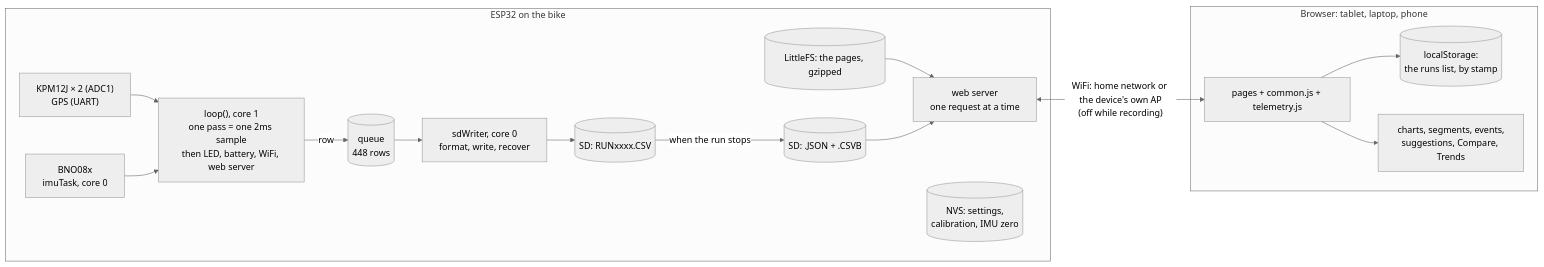
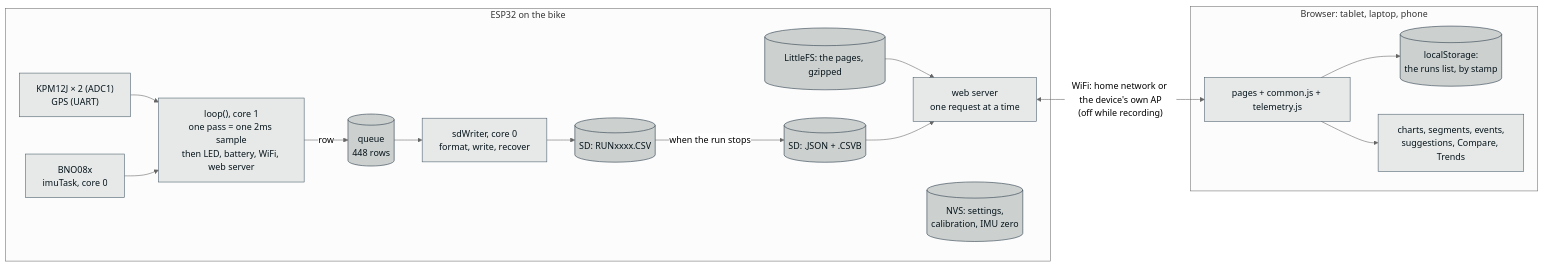
Before and after one commit to FLAVQUR/dialed-suspension-tuner: the diagram in docs/architecture.md, drawn with Mermaid (neutral theme). The commit also changed 7 other files, not shown here.

First line of the commit message:
Add colour-keyed diagrams and table markers to the docs

````diff
--- a/docs/architecture.md
+++ b/docs/architecture.md
@@ -21,21 +21,24 @@
 ```mermaid
 flowchart LR
     subgraph device["ESP32 on the bike"]
         sensors["KPM12J × 2 (ADC1)<br/>GPS (UART)"] --> loop
         imu["BNO08x<br/>imuTask, core 0"] --> loop
         loop["loop(), core 1<br/>one pass = one 2ms sample<br/>then LED, battery, WiFi, web server"]
         loop -- "row" --> queue[("queue<br/>448 rows")]
         queue --> writer["sdWriter, core 0<br/>format, write, recover"]
         writer --> csv[("SD: RUNxxxx.CSV")]
         csv -- "when the run stops" --> meta[("SD: .JSON + .CSVB")]
         web["web server<br/>one request at a time"]
         fs[("LittleFS: the pages, gzipped")] --> web
         nvs[("NVS: settings,<br/>calibration, IMU zero")]
     end
     meta --> web
     web <-->|"WiFi: home network or the device's own AP<br/>(off while recording)"| browser
     subgraph client["Browser: tablet, laptop, phone"]
         browser["pages + common.js + telemetry.js"] --> cache[("localStorage:<br/>the runs list, by stamp")]
         browser --> analysis["charts, segments, events,<br/>suggestions, Compare, Trends"]
     end
+    classDef default fill:#E6E9E8,stroke:#4A5C6A,color:#06141B
+    classDef store fill:#CCD0CF,stroke:#253745,color:#06141B
+    class queue,csv,meta,fs,nvs,cache store
 ```
````
